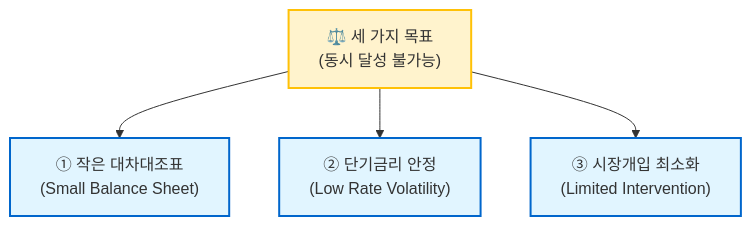
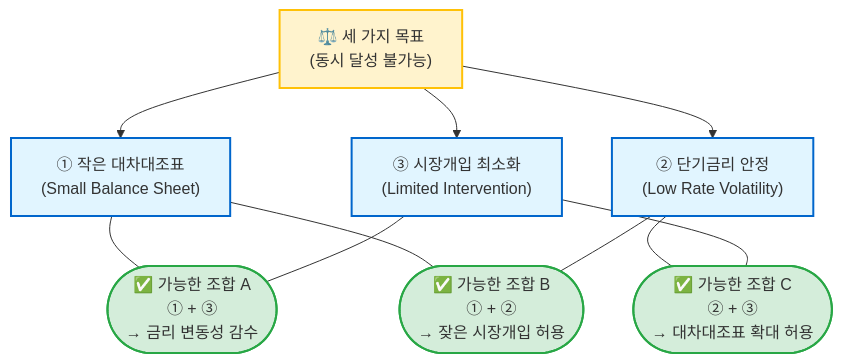
The first of 2 diagrams in content/posts/fed-balance-sheet-trilemma.md (su79eu7k/su79eu7k.github.io), drawn with Mermaid before and after one commit.

Commit message:
Restore possible combination nodes in trilemma diagram, keep X node removed

````diff
--- a/content/posts/fed-balance-sheet-trilemma.md
+++ b/content/posts/fed-balance-sheet-trilemma.md
@@ -33,18 +33,31 @@
 ```mermaid
 graph TD
     A["⚖️ 세 가지 목표\n(동시 달성 불가능)"]
 
     G1["① 작은 대차대조표\n(Small Balance Sheet)"]
     G2["② 단기금리 안정\n(Low Rate Volatility)"]
     G3["③ 시장개입 최소화\n(Limited Intervention)"]
 
     A --> G1
     A --> G2
     A --> G3
 
+    C1(["✅ 가능한 조합 A\n① + ③\n→ 금리 변동성 감수"])
+    C2(["✅ 가능한 조합 B\n① + ②\n→ 잦은 시장개입 허용"])
+    C3(["✅ 가능한 조합 C\n② + ③\n→ 대차대조표 확대 허용"])
+
+    G1 --- C1
+    G3 --- C1
+    G1 --- C2
+    G2 --- C2
+    G2 --- C3
+    G3 --- C3
+
     classDef goal fill:#e1f5ff,stroke:#0066cc,stroke-width:2px
+    classDef possible fill:#d4edda,stroke:#28a745,stroke-width:2px
     classDef header fill:#fff3cd,stroke:#ffc107,stroke-width:2px
 
     class G1,G2,G3 goal
+    class C1,C2,C3 possible
     class A header
 ```
````
